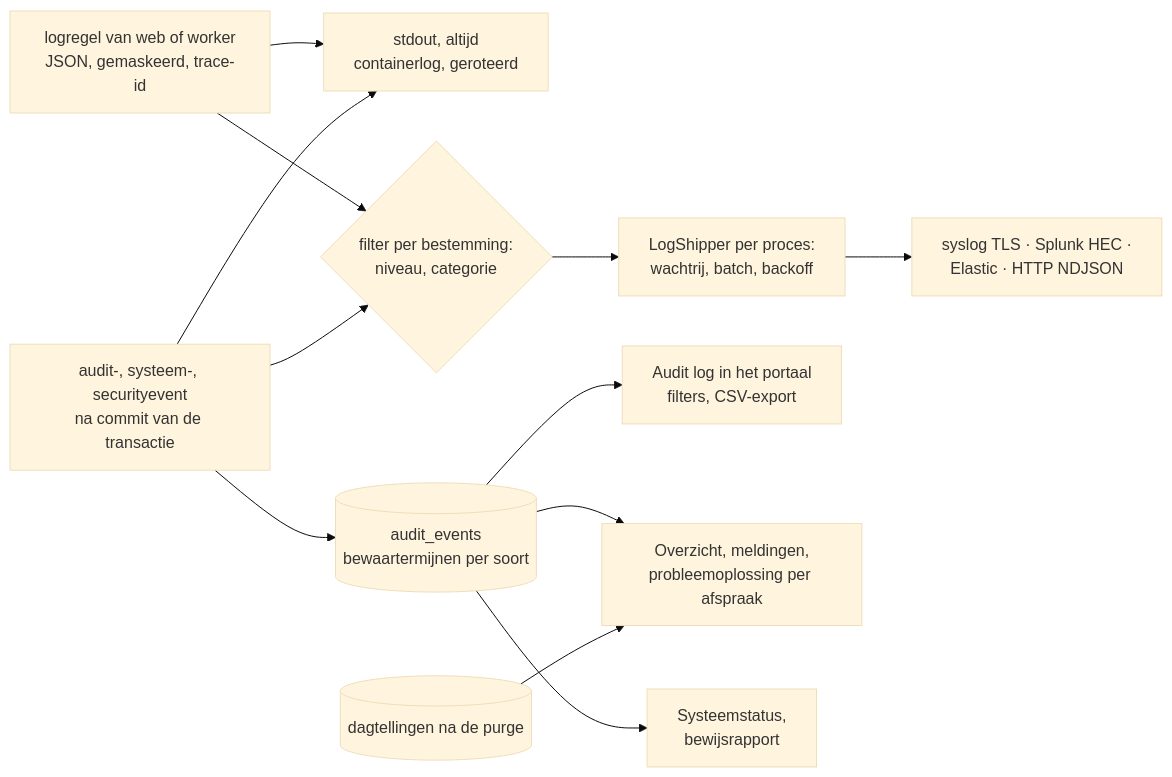
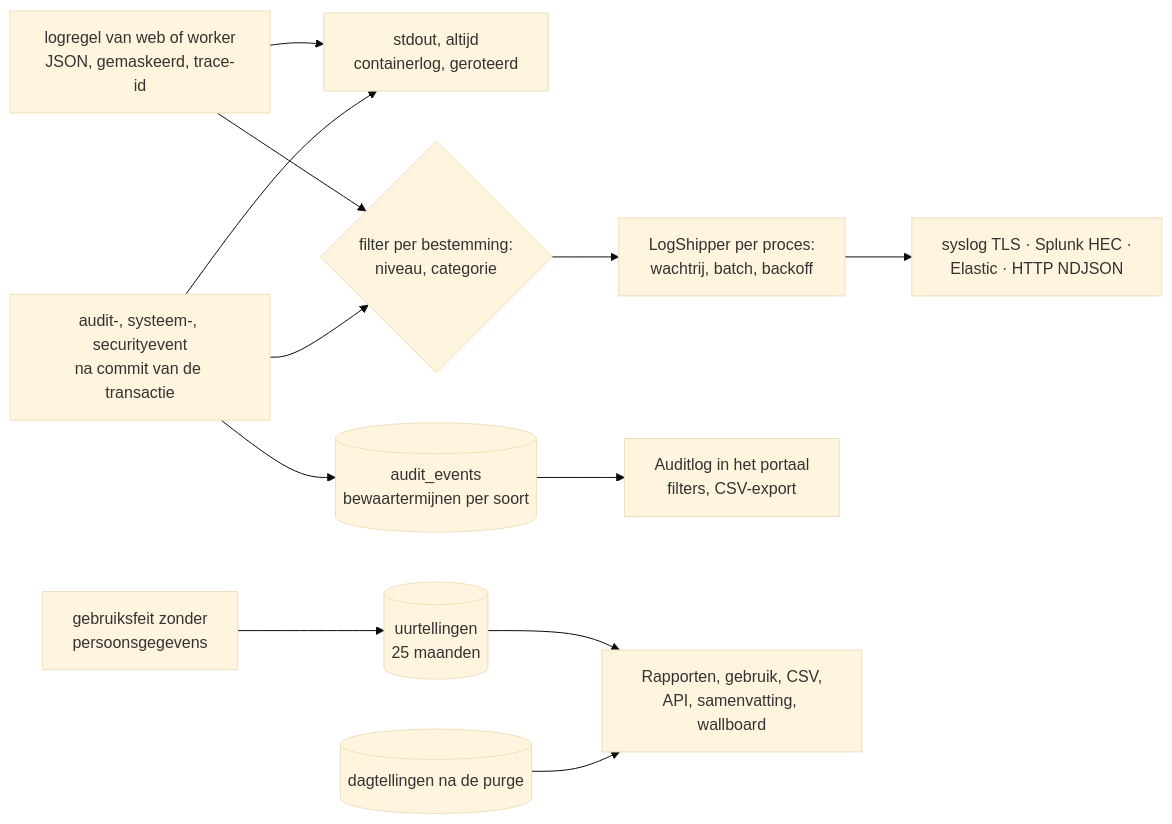
One commit to 3Corners-Labs/OpenPlanner changed the ninth of 9 diagrams in docs/applicatie-architectuur.md. Above: the diagram before and after it, drawn with Mermaid (base theme). The commit also changed other lines of this file, not shown here.

First line of the commit message:
docs: application architecture concept 2, with every flow and the hosting impact

````diff
--- a/docs/applicatie-architectuur.md
+++ b/docs/applicatie-architectuur.md
@@ -1087,14 +1569,14 @@
 ```mermaid
 flowchart LR
     regel["logregel van web of worker<br/>JSON, gemaskeerd, trace-id"] --> stdout["stdout, altijd<br/>containerlog, geroteerd"]
     event["audit-, systeem-, securityevent<br/>na commit van de transactie"] --> tabel[("audit_events<br/>bewaartermijnen per soort")]
     event --> stdout
     regel --> tap{"filter per bestemming:<br/>niveau, categorie"}
     event --> tap
     tap --> ship["LogShipper per proces:<br/>wachtrij, batch, backoff"]
     ship --> dest["syslog TLS · Splunk HEC ·<br/>Elastic · HTTP NDJSON"]
-    tabel --> audit["Audit log in het portaal<br/>filters, CSV-export"]
-    tabel --> widgets["Overzicht, meldingen,<br/>probleemoplossing per afspraak"]
-    tabel --> status["Systeemstatus,<br/>bewijsrapport"]
-    rollup[("dagtellingen na de purge")] --> widgets
+    tabel --> audit["Auditlog in het portaal<br/>filters, CSV-export"]
+    feit["gebruiksfeit zonder<br/>persoonsgegevens"] --> uur[("uurtellingen<br/>25 maanden")]
+    uur --> rapport["Rapporten, gebruik, CSV,<br/>API, samenvatting, wallboard"]
+    rollup[("dagtellingen na de purge")] --> rapport
 ```
````
